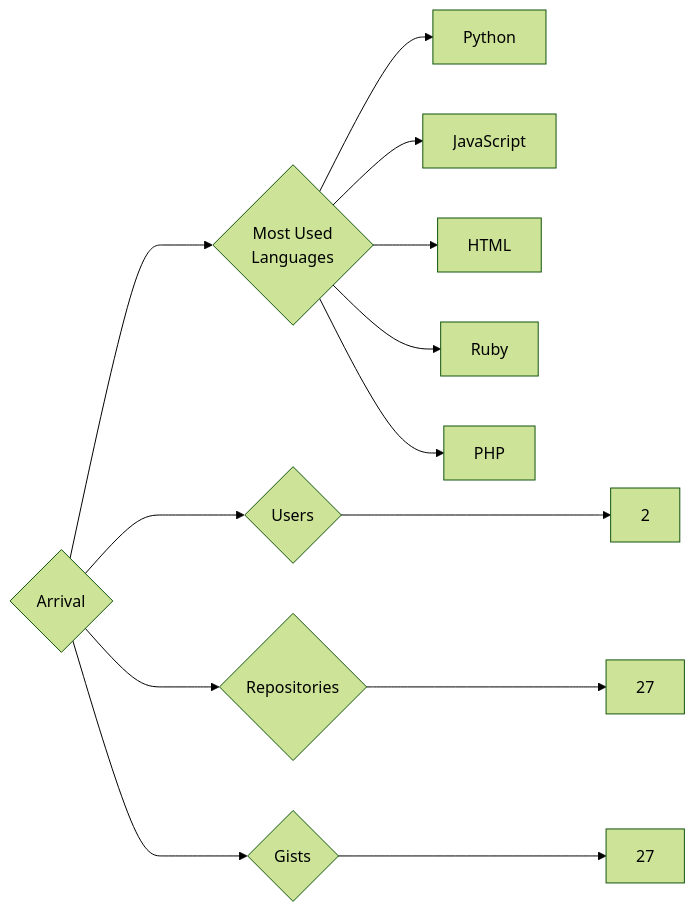
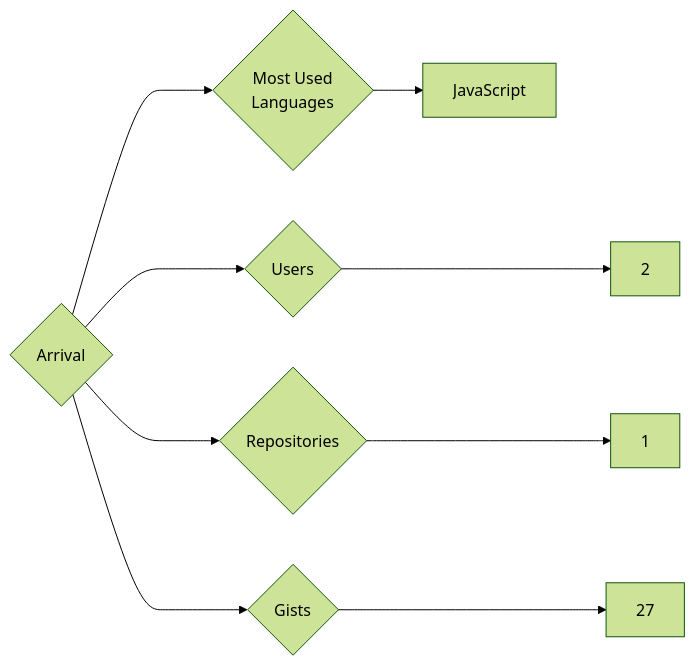
One commit to trickest/insiders changed the diagram in targets/Arrival/README.md. Above: the diagram before and after it, drawn with Mermaid (forest theme). The commit also changed 1175 other files, not shown here.

````diff
--- a/targets/Arrival/README.md
+++ b/targets/Arrival/README.md
@@ -3,13 +3,9 @@
 ```mermaid
 graph LR
 COMPANY_NAME{Arrival}
 COMPANY_NAME ---> U{Users} ---> UN[2]
-COMPANY_NAME ---> R{Repositories} ---> RN[27]
+COMPANY_NAME ---> R{Repositories} ---> RN[1]
 COMPANY_NAME ---> G{Gists} ---> GN[27]
 COMPANY_NAME ---> ML{Most Used<br>Languages}
-ML --> Python[Python]
 ML --> JavaScript[JavaScript]
-ML --> HTML[HTML]
-ML --> Ruby[Ruby]
-ML --> PHP[PHP]
 ```
````
